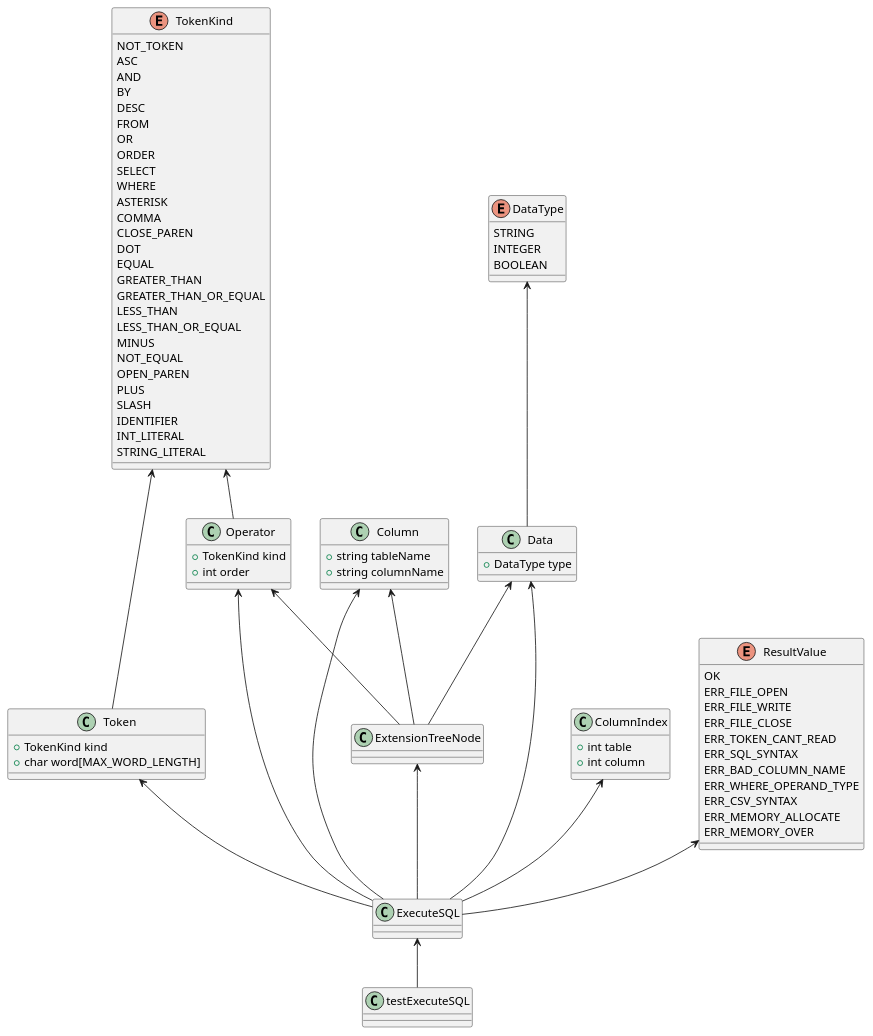
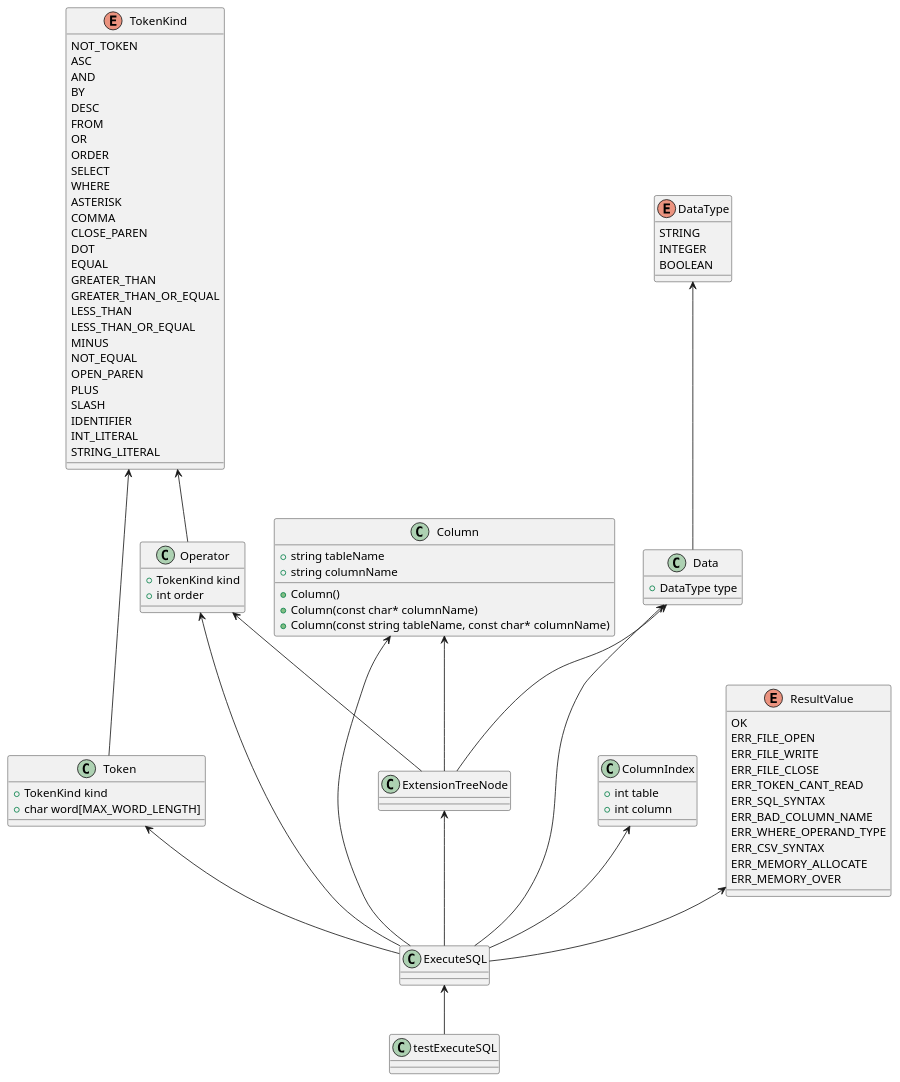
The diagram in ExecuteSQL.pu (yotten/TinySQL), drawn with PlantUML before and after one commit.

Commit message:
056.事前準備

```diff
--- a/ExecuteSQL.pu
+++ b/ExecuteSQL.pu
@@ -1,87 +1,90 @@
 @startuml
 
 class testExecuteSQL {}
 class ExecuteSQL {}
 class Data {
     +DataType type
 }
 class Operator{
     +TokenKind kind
     +int order
 }
 class Token{
     +TokenKind kind
     +char word[MAX_WORD_LENGTH]
 }
 class ExtensionTreeNode{}
 class ColumnIndex{
     +int table
     +int column
 }
 class Column{
     +string tableName
     +string columnName
+    +Column()
+    +Column(const char* columnName)
+    +Column(const string tableName, const char* columnName)
 }
 enum DataType{
    	STRING
 	INTEGER
 	BOOLEAN
 }
 enum TokenKind{
     NOT_TOKEN
 	ASC
 	AND
 	BY
 	DESC
 	FROM
 	OR
 	ORDER
 	SELECT
 	WHERE
 	ASTERISK
 	COMMA
 	CLOSE_PAREN
 	DOT
 	EQUAL
 	GREATER_THAN
 	GREATER_THAN_OR_EQUAL
 	LESS_THAN
 	LESS_THAN_OR_EQUAL
 	MINUS
 	NOT_EQUAL
 	OPEN_PAREN
 	PLUS
 	SLASH
 	IDENTIFIER
 	INT_LITERAL
 	STRING_LITERAL
 }
 enum ResultValue{
     OK
 	ERR_FILE_OPEN
 	ERR_FILE_WRITE
 	ERR_FILE_CLOSE
 	ERR_TOKEN_CANT_READ
 	ERR_SQL_SYNTAX
 	ERR_BAD_COLUMN_NAME
 	ERR_WHERE_OPERAND_TYPE
 	ERR_CSV_SYNTAX
 	ERR_MEMORY_ALLOCATE
 	ERR_MEMORY_OVER
 }
 
 ExecuteSQL <-- testExecuteSQL
 Data <-- ExecuteSQL
 Operator <-- ExecuteSQL
 Token <-- ExecuteSQL
 ExtensionTreeNode <-- ExecuteSQL
 ColumnIndex <-- ExecuteSQL
 Column <-- ExecuteSQL
 ResultValue <-- ExecuteSQL
 DataType <-- Data
 TokenKind <-- Token
 TokenKind <-- Operator
 Operator <-- ExtensionTreeNode
 Column <-- ExtensionTreeNode
 Data <-- ExtensionTreeNode
 @enduml
```
